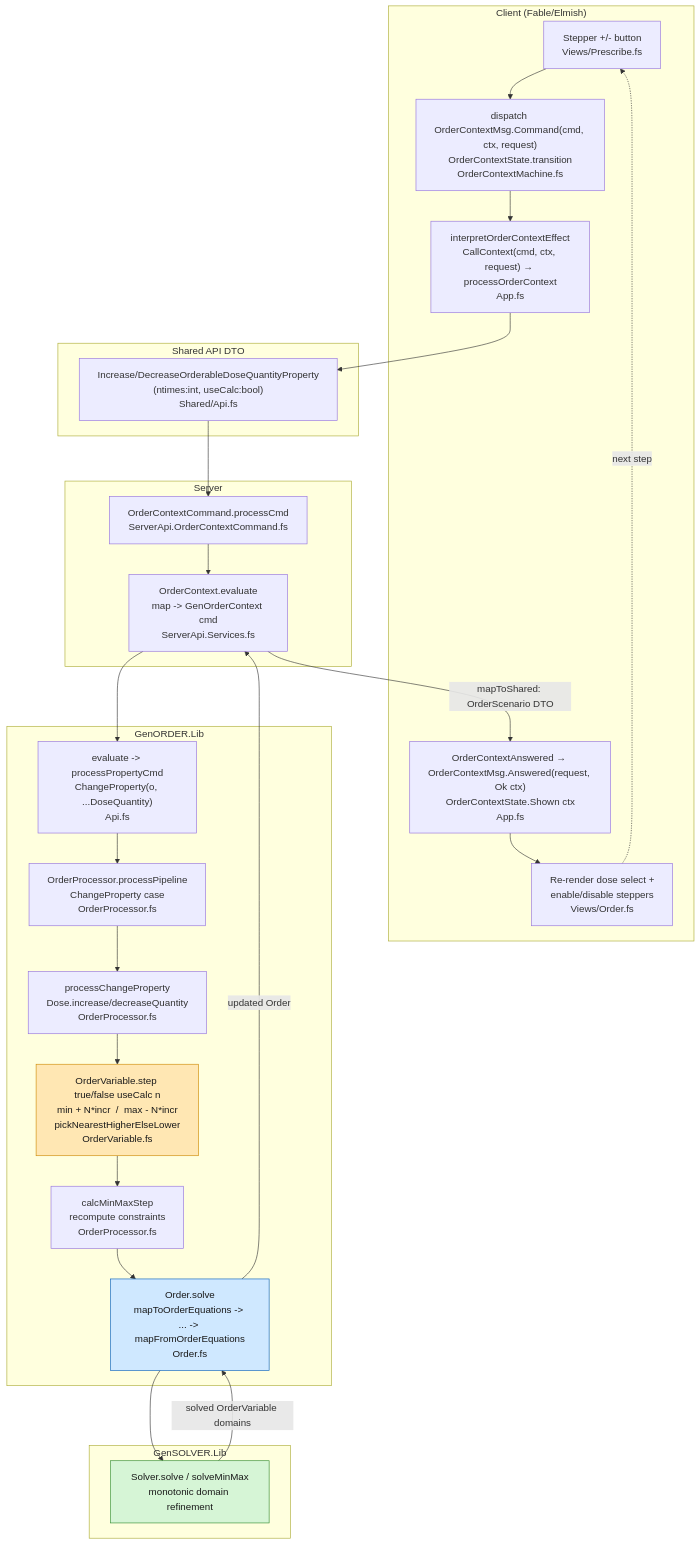
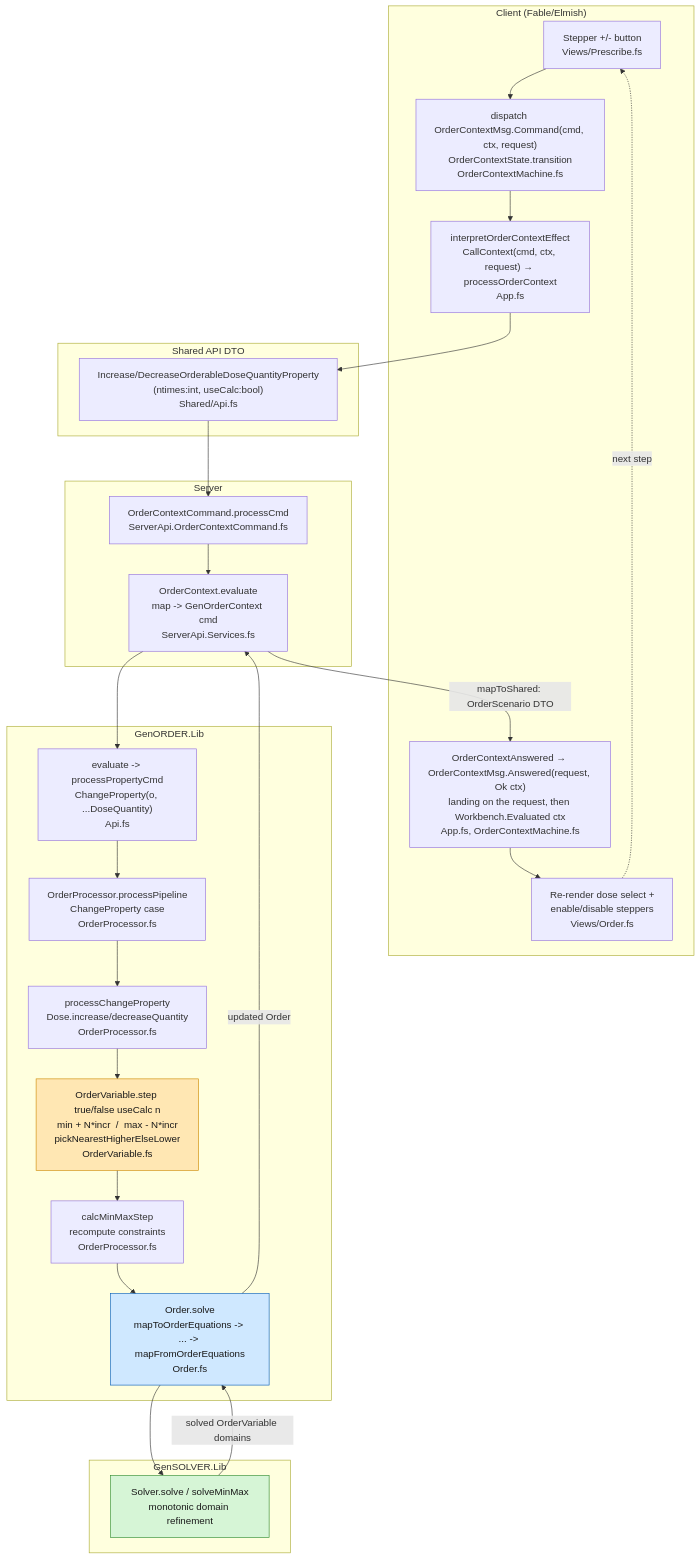
The first of 2 diagrams in docs/domain/dose-quantity-stepping-flow.md (informedica/GenPRES), drawn with Mermaid before and after one commit. The commit also changed other lines of this file and 1 other file, not shown here.

First line of the commit message:
docs(client): the stepping flow over the two stages; the order lanes as built

````diff
--- a/docs/domain/dose-quantity-stepping-flow.md
+++ b/docs/domain/dose-quantity-stepping-flow.md
@@ -7,43 +7,43 @@
 ```mermaid
 flowchart TD
     subgraph CLIENT["Client (Fable/Elmish)"]
         UI["Stepper +/- button<br/>Views/Prescribe.fs"]
         MSG["dispatch OrderContextMsg.Command(cmd, ctx, request)<br/>OrderContextState.transition<br/>OrderContextMachine.fs"]
         CALL["interpretOrderContextEffect<br/>CallContext(cmd, ctx, request) → processOrderContext<br/>App.fs"]
-        RESP["OrderContextAnswered → OrderContextMsg.Answered(request, Ok ctx)<br/>OrderContextState.Shown ctx<br/>App.fs"]
+        RESP["OrderContextAnswered → OrderContextMsg.Answered(request, Ok ctx)<br/>landing on the request, then Workbench.Evaluated ctx<br/>App.fs, OrderContextMachine.fs"]
         RENDER["Re-render dose select +<br/>enable/disable steppers<br/>Views/Order.fs"]
     end
 
     subgraph SHARED["Shared API DTO"]
         CMD["Increase/DecreaseOrderableDoseQuantityProperty<br/>(ntimes:int, useCalc:bool)<br/>Shared/Api.fs"]
     end
 
     subgraph SERVER["Server"]
         SCMD["OrderContextCommand.processCmd<br/>ServerApi.OrderContextCommand.fs"]
         SEVAL["OrderContext.evaluate<br/>map -> GenOrderContext cmd<br/>ServerApi.Services.fs"]
     end
 
     subgraph GENORDER["GenORDER.Lib"]
         GEVAL["evaluate -> processPropertyCmd<br/>ChangeProperty(o, ...DoseQuantity)<br/>Api.fs"]
         PIPE["OrderProcessor.processPipeline<br/>ChangeProperty case<br/>OrderProcessor.fs"]
         PCHANGE["processChangeProperty<br/>Dose.increase/decreaseQuantity<br/>OrderProcessor.fs"]
         STEP["OrderVariable.step true/false useCalc n<br/>min + N*incr  /  max - N*incr<br/>pickNearestHigherElseLower<br/>OrderVariable.fs"]
         CALCMM["calcMinMaxStep<br/>recompute constraints<br/>OrderProcessor.fs"]
         SOLVE["Order.solve<br/>mapToOrderEquations -> ... -> mapFromOrderEquations<br/>Order.fs"]
     end
 
     subgraph SOLVER["GenSOLVER.Lib"]
         GS["Solver.solve / solveMinMax<br/>monotonic domain refinement"]
     end
 
     UI --> MSG --> CALL --> CMD --> SCMD --> SEVAL --> GEVAL --> PIPE --> PCHANGE --> STEP --> CALCMM --> SOLVE --> GS
     GS -->|solved OrderVariable domains| SOLVE
     SOLVE -->|updated Order| SEVAL
     SEVAL -->|mapToShared: OrderScenario DTO| RESP
     RESP --> RENDER
     RENDER -.->|next step| UI
 
     style STEP fill:#ffe7b3,stroke:#cc8800,color:#1a1a1a
     style SOLVE fill:#cfe8ff,stroke:#005bbb,color:#1a1a1a
     style GS fill:#d6f5d6,stroke:#2e8b2e,color:#1a1a1a
 ```
````
